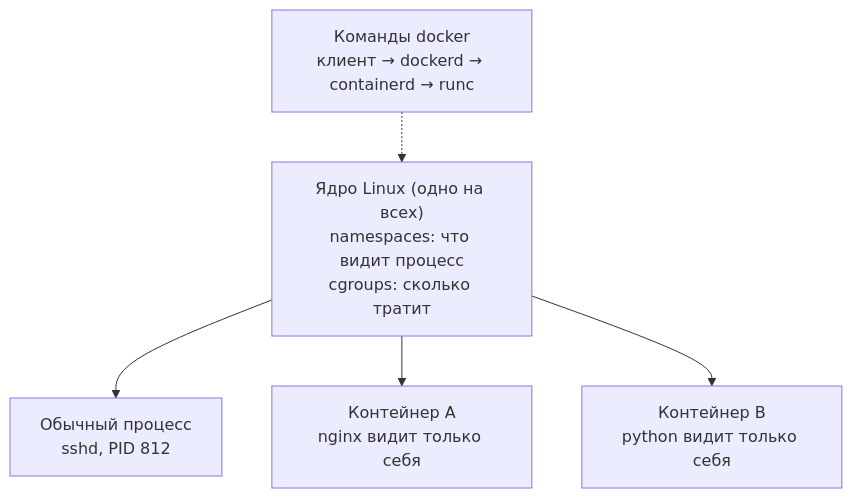
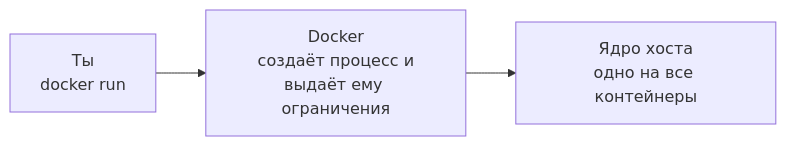
One commit to distinguished-sre/learning changed the first of 4 diagrams in devops/04-docker/01-containers-idea.md. Above: the diagram before and after it, drawn with Mermaid. The commit also changed other lines of this file and 462 other files, not shown here.

````diff
--- a/devops/04-docker/01-containers-idea.md
+++ b/devops/04-docker/01-containers-idea.md
@@ -48,11 +44,5 @@
 ```mermaid
-flowchart TD
-    K["Ядро Linux (одно на всех)<br>namespaces: что видит процесс<br>cgroups: сколько тратит"]
-    P["Обычный процесс<br>sshd, PID 812"]
-    A["Контейнер A<br>nginx видит только себя"]
-    B["Контейнер B<br>python видит только себя"]
-    K --> P
-    K --> A
-    K --> B
-    D["Команды docker<br>клиент → dockerd → containerd → runc"] -.-> K
+flowchart LR
+    U["Ты<br>docker run"] --> D["Docker<br>создаёт процесс и<br>выдаёт ему ограничения"]
+    D --> K["Ядро хоста<br>одно на все контейнеры"]
 ```
````
